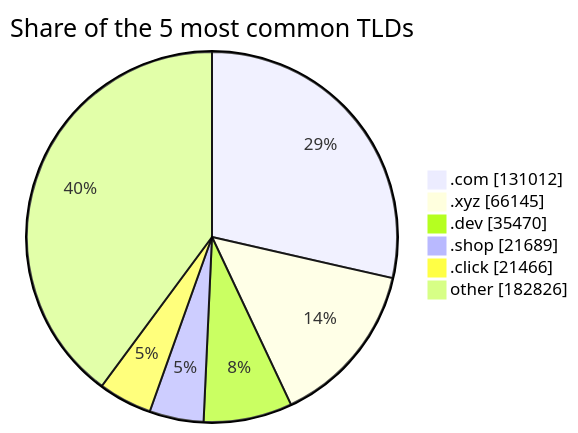
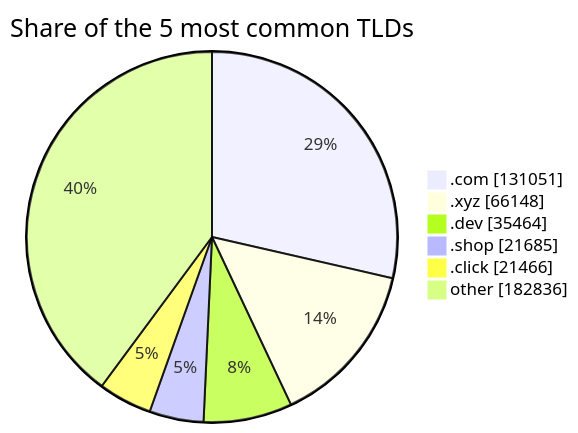
Before and after one commit to DNSBunker/CTI: the third of 3 diagrams in README.md, drawn with Mermaid. The commit also changed other lines of this file and 3 other files, not shown here.

````diff
--- a/README.md
+++ b/README.md
@@ -81,9 +81,9 @@
 ```mermaid
 pie showData title Share of the 5 most common TLDs
-    ".com" : 131012
-    ".xyz" : 66145
-    ".dev" : 35470
-    ".shop" : 21689
+    ".com" : 131051
+    ".xyz" : 66148
+    ".dev" : 35464
+    ".shop" : 21685
     ".click" : 21466
-    "other" : 182826
+    "other" : 182836
 ```
````
